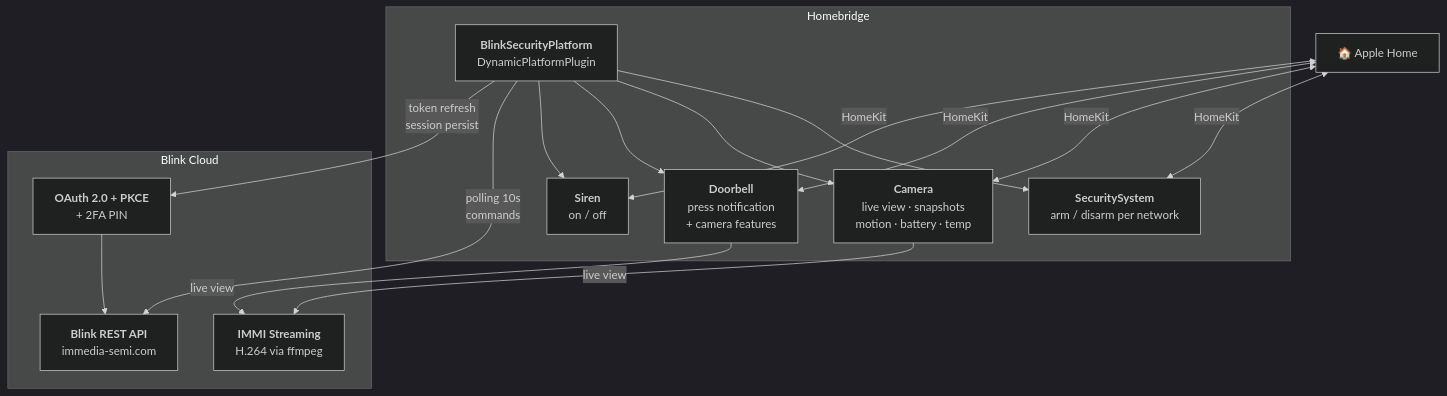
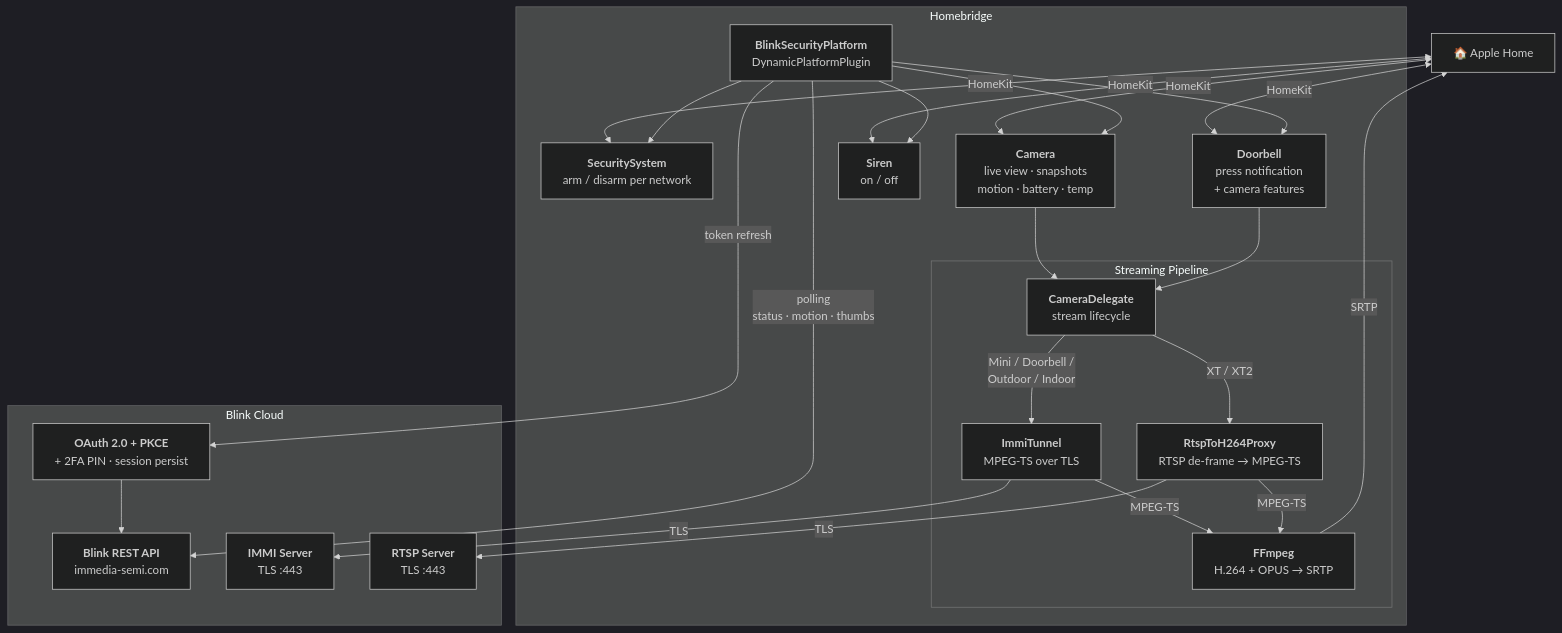
One commit to BitWise-0x/homebridge-blink-security changed the diagram in README.md. Above: the diagram before and after it, drawn with Mermaid (dark theme). The commit also changed other lines of this file, not shown here.

Commit message:
docs: update architecture diagram and mark audio as WIP
Update mermaid diagram to reflect the streaming pipeline (ImmiTunnel,
RtspToH264Proxy, FFmpeg, SRTP) and mark audio feature as work in progress.

````diff
--- a/README.md
+++ b/README.md
@@ -55,28 +55,44 @@
 ```mermaid
 graph TD
     Home["🏠 Apple Home"]
 
     subgraph Homebridge
         platform["<b>BlinkSecurityPlatform</b><br>DynamicPlatformPlugin"]
         acc_sec["<b>SecuritySystem</b><br>arm / disarm per network"]
         acc_cam["<b>Camera</b><br>live view · snapshots<br>motion · battery · temp"]
         acc_door["<b>Doorbell</b><br>press notification<br>+ camera features"]
         acc_siren["<b>Siren</b><br>on / off"]
+
+        subgraph Streaming Pipeline
+            delegate["<b>CameraDelegate</b><br>stream lifecycle"]
+            immi_proxy["<b>ImmiTunnel</b><br>MPEG-TS over TLS"]
+            rtsp_proxy["<b>RtspToH264Proxy</b><br>RTSP de-frame → MPEG-TS"]
+            ffmpeg["<b>FFmpeg</b><br>H.264 + OPUS → SRTP"]
+        end
     end
 
     subgraph Blink Cloud
-        auth["<b>OAuth 2.0 + PKCE</b><br>+ 2FA PIN"]
+        auth["<b>OAuth 2.0 + PKCE</b><br>+ 2FA PIN · session persist"]
         api["<b>Blink REST API</b><br>immedia-semi.com"]
-        immi["<b>IMMI Streaming</b><br>H.264 via ffmpeg"]
+        immi_srv["<b>IMMI Server</b><br>TLS :443"]
+        rtsp_srv["<b>RTSP Server</b><br>TLS :443"]
     end
 
     Home <-->|"HomeKit"| acc_sec
     Home <-->|"HomeKit"| acc_cam
     Home <-->|"HomeKit"| acc_door
     Home <-->|"HomeKit"| acc_siren
+
     platform --> acc_sec & acc_cam & acc_door & acc_siren
-    platform -->|"polling 10s<br>commands"| api
-    platform -->|"token refresh<br>session persist"| auth
-    acc_cam & acc_door -->|"live view"| immi
+    platform -->|"polling<br>status · motion · thumbs"| api
+    platform -->|"token refresh"| auth
     auth --> api
+
+    acc_cam & acc_door --> delegate
+    delegate -->|"Mini / Doorbell /<br>Outdoor / Indoor"| immi_proxy
+    delegate -->|"XT / XT2"| rtsp_proxy
+    immi_proxy -->|"TLS"| immi_srv
+    rtsp_proxy -->|"TLS"| rtsp_srv
+    immi_proxy & rtsp_proxy -->|"MPEG-TS"| ffmpeg
+    ffmpeg -->|"SRTP"| Home
 ```
````
